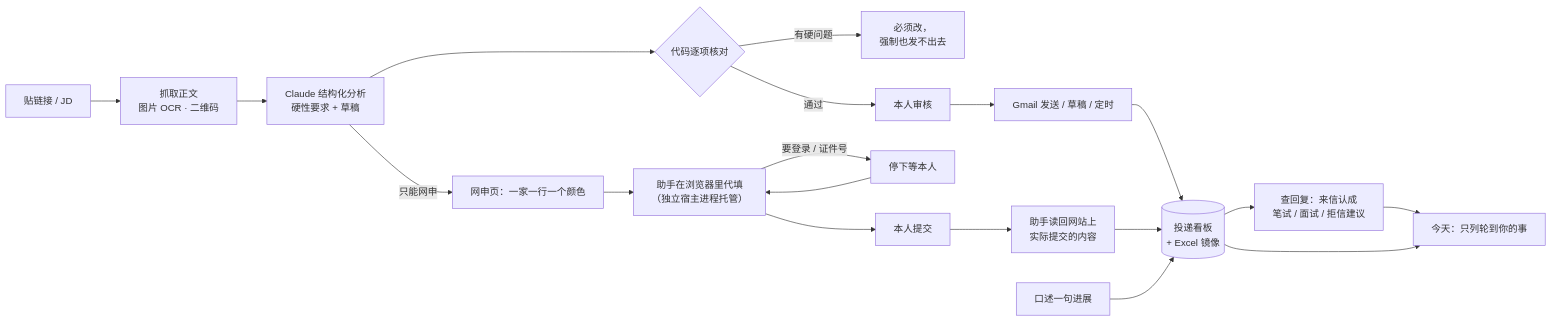
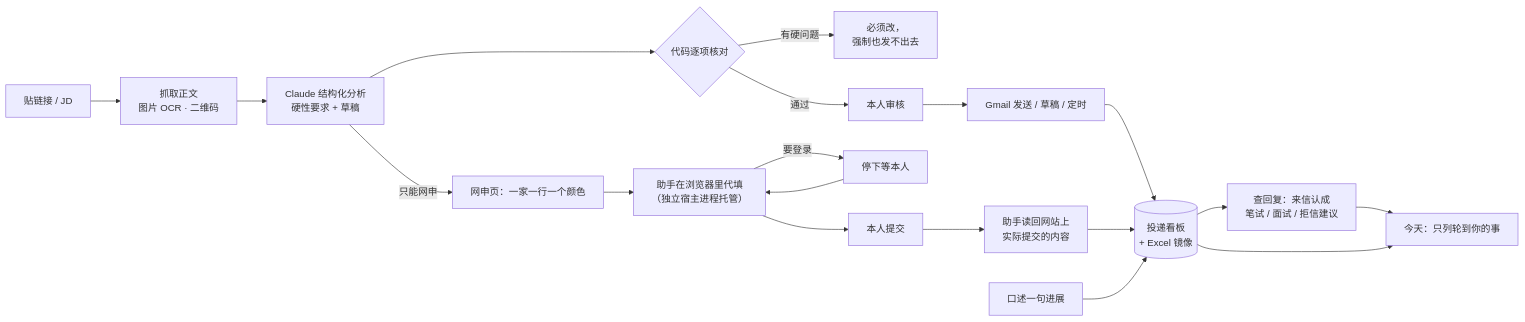
The diagram in README.md (yihengz23-ai/job-apply), drawn with Mermaid before and after one commit. The commit also changed other lines of this file and 24 other files, not shown here.

````diff
--- a/README.md
+++ b/README.md
@@ -43,21 +43,21 @@
 ```mermaid
 flowchart LR
     A[贴链接 / JD] --> B[抓取正文<br/>图片 OCR · 二维码]
     B --> C[Claude 结构化分析<br/>硬性要求 + 草稿]
     C --> D{代码逐项核对}
     D -- 有硬问题 --> E[必须改，<br/>强制也发不出去]
     D -- 通过 --> F[本人审核]
     F --> G[Gmail 发送 / 草稿 / 定时]
     G --> H[(投递看板<br/>+ Excel 镜像)]
     C -- 只能网申 --> I[网申页：一家一行一个颜色]
     I --> J[助手在浏览器里代填<br/>（独立宿主进程托管）]
-    J -- 要登录 / 证件号 --> K[停下等本人]
+    J -- 要登录 --> K[停下等本人]
     K --> J
     J --> L[本人提交]
     L --> M[助手读回网站上<br/>实际提交的内容]
     M --> H
     H --> N[查回复：来信认成<br/>笔试 / 面试 / 拒信建议]
     O[口述一句进展] --> H
     N --> P[今天：只列轮到你的事]
     H --> P
 ```
````
